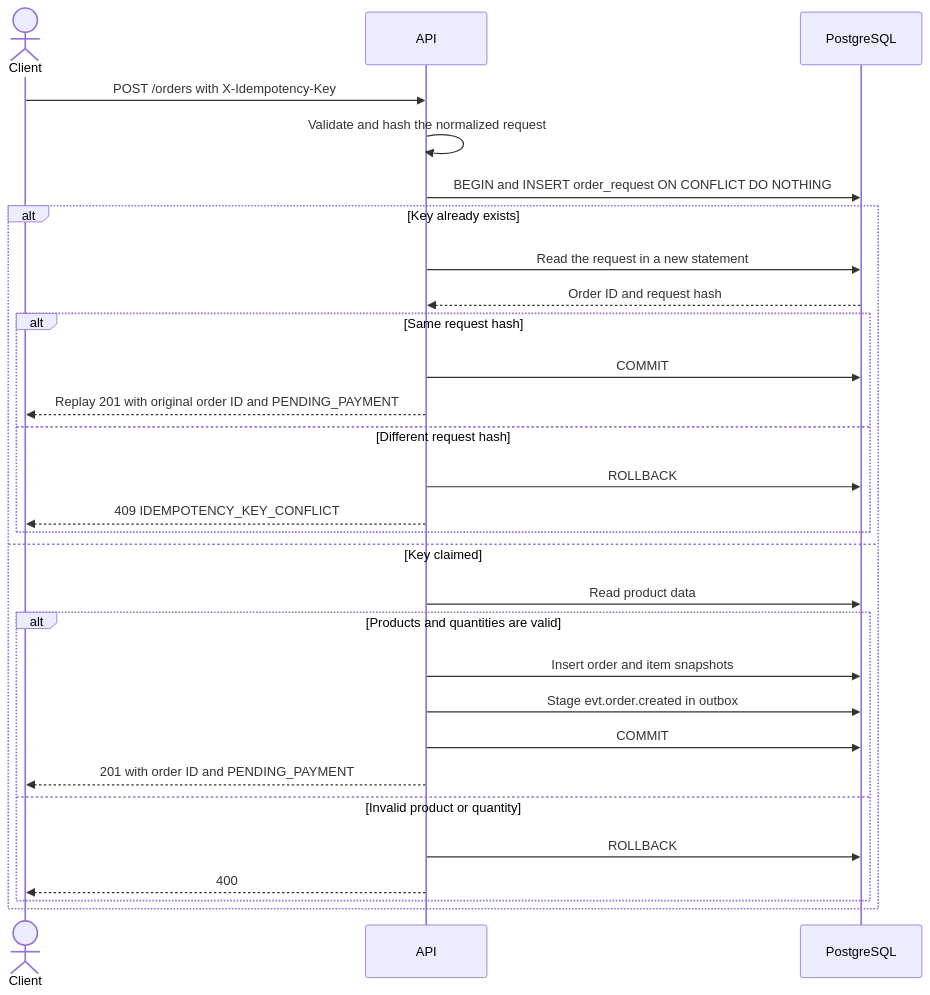
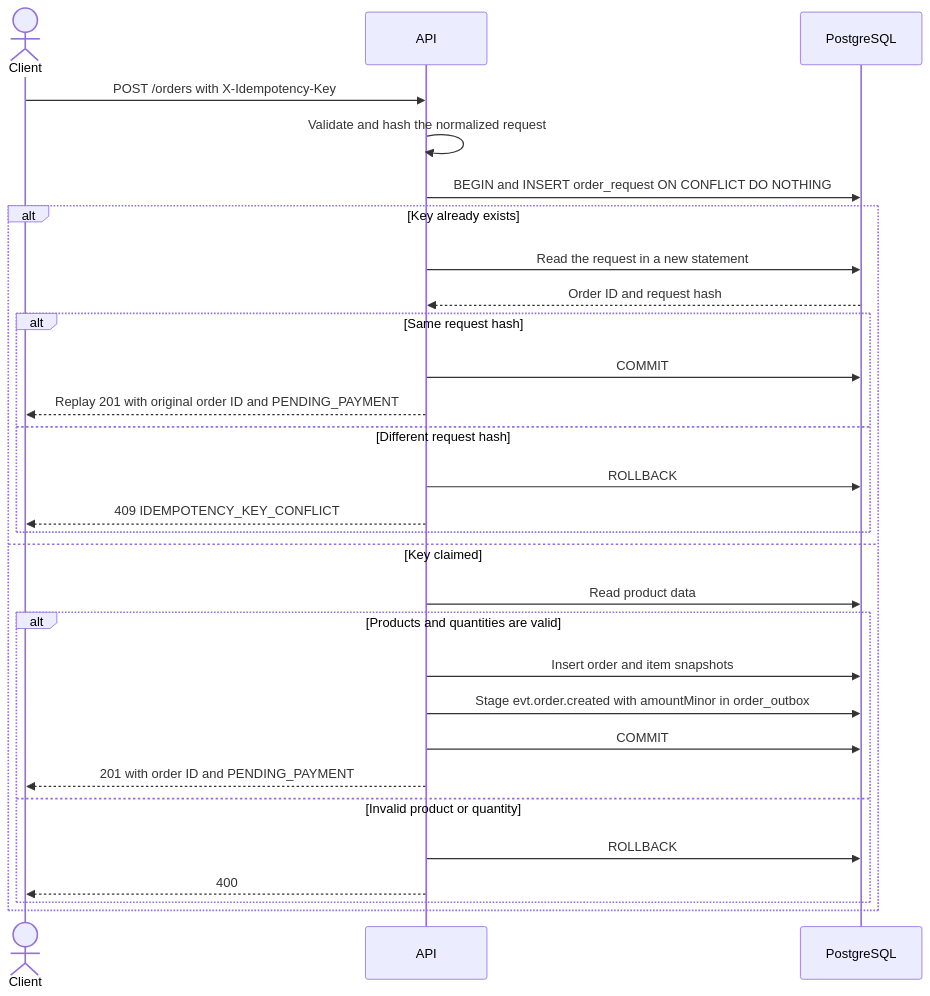
The first of 2 diagrams in docs/diagrams/create_order.md (dinno7/distributed-ecommerce), drawn with Mermaid before and after one commit. The commit also changed other lines of this file and 1 other file, not shown here.

Commit message:
docs:  changes in seq diagrams

````diff
--- a/docs/diagrams/create_order.md
+++ b/docs/diagrams/create_order.md
@@ -7,33 +7,33 @@
 ```mermaid
 sequenceDiagram
     actor Client
     participant API
     participant DB as PostgreSQL
 
     Client->>API: POST /orders with X-Idempotency-Key
     API->>API: Validate and hash the normalized request
     API->>DB: BEGIN and INSERT order_request ON CONFLICT DO NOTHING
 
     alt Key already exists
         API->>DB: Read the request in a new statement
         DB-->>API: Order ID and request hash
         alt Same request hash
             API->>DB: COMMIT
             API-->>Client: Replay 201 with original order ID and PENDING_PAYMENT
         else Different request hash
             API->>DB: ROLLBACK
             API-->>Client: 409 IDEMPOTENCY_KEY_CONFLICT
         end
     else Key claimed
         API->>DB: Read product data
         alt Products and quantities are valid
             API->>DB: Insert order and item snapshots
-            API->>DB: Stage evt.order.created in outbox
+            API->>DB: Stage evt.order.created with amountMinor in order_outbox
             API->>DB: COMMIT
             API-->>Client: 201 with order ID and PENDING_PAYMENT
         else Invalid product or quantity
             API->>DB: ROLLBACK
             API-->>Client: 400
         end
     end
 ```
````
